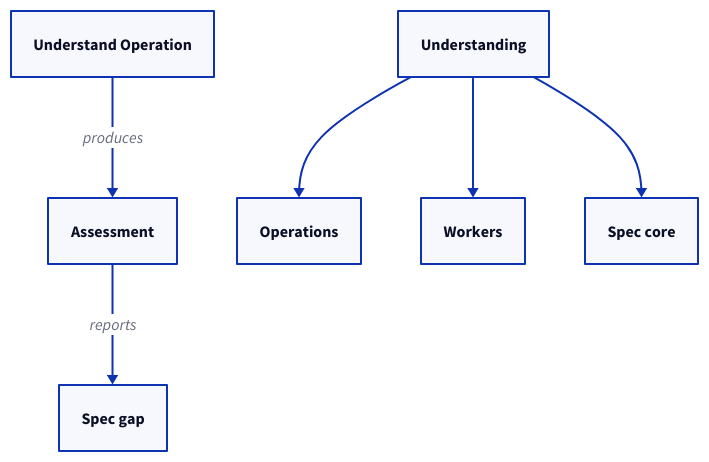
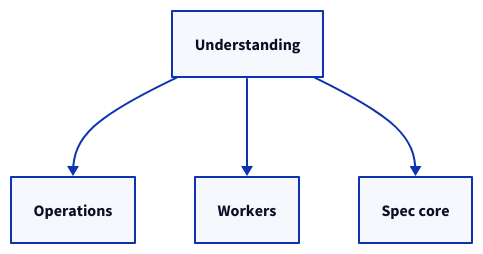
One commit to FTOD/concorde changed the third of 3 diagrams in specs/concorde/operations/understanding/module.md. Above: the diagram before and after it, drawn with D2. The commit also changed other lines of this file and 21 other files, not shown here.

First line of the commit message:
Rewrite every Module entry with diagrams and an implementation overview

````diff
--- a/specs/concorde/operations/understanding/module.md
+++ b/specs/concorde/operations/understanding/module.md
@@ -133,14 +136,9 @@
 ```d2
-op: Understand Operation
-assessment: Assessment
-gap: Spec gap
 understanding: Understanding
 operations: Operations
 workers: Workers
 spec: Spec core
-op -> assessment: produces
-assessment -> gap: reports
 understanding -> operations
 understanding -> workers
 understanding -> spec
 ```
````
